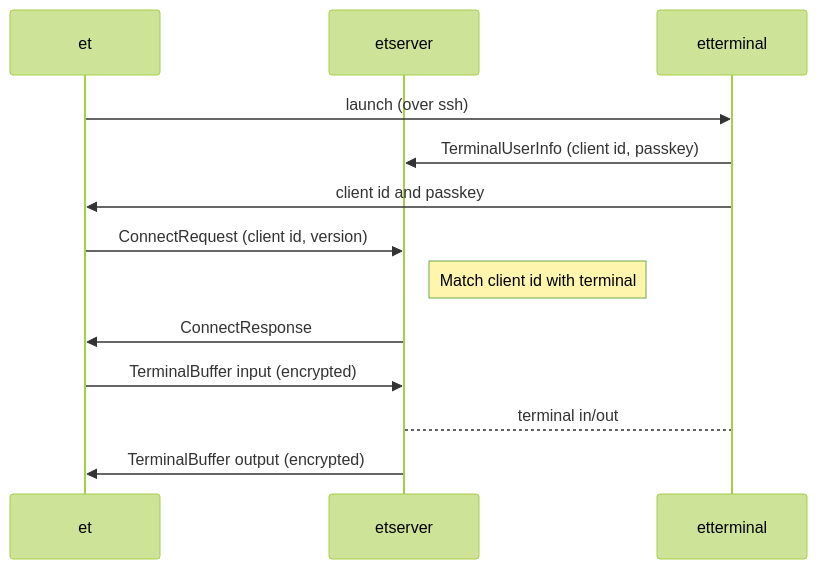
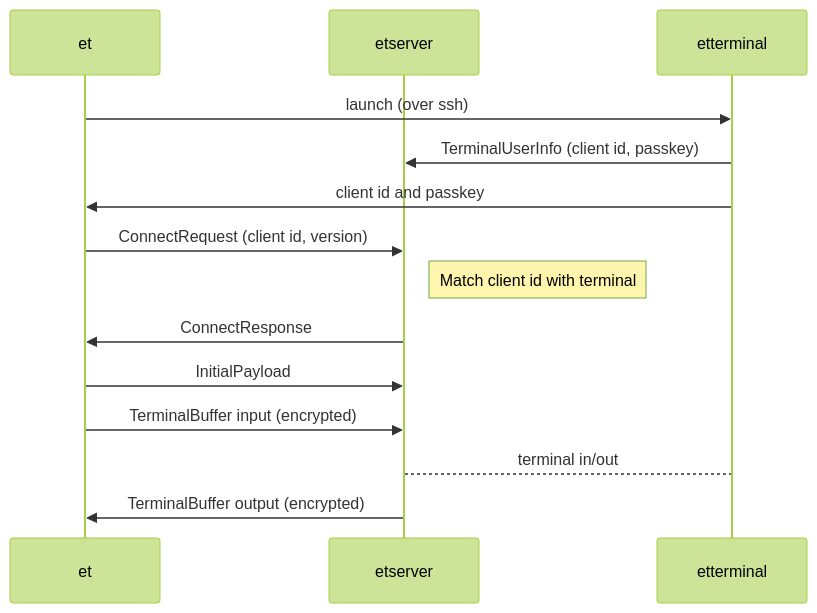
One commit to MisterTea/EternalTerminal changed the first of 3 diagrams in docs/protocol.md. Above: the diagram before and after it, drawn with Mermaid (forest theme). The commit also changed other lines of this file, not shown here.

Commit message:
Add missing InitialPayload message

````diff
--- a/docs/protocol.md
+++ b/docs/protocol.md
@@ -14,19 +14,21 @@
 ```mermaid
 sequenceDiagram
     participant et
     participant etserver
     participant etterminal
     
     et->>etterminal: launch (over ssh)
 
     etterminal->>etserver: TerminalUserInfo (client id, passkey)
     etterminal->>et: client id and passkey
 
     et->>etserver: ConnectRequest (client id, version)
     Note right of etserver: Match client id with terminal
     etserver->>et: ConnectResponse
 
+    et->>etserver: InitialPayload
+
     et->>etserver: TerminalBuffer input (encrypted)
     etserver-->etterminal: terminal in/out
     etserver->>et: TerminalBuffer output (encrypted)
 ```
````
